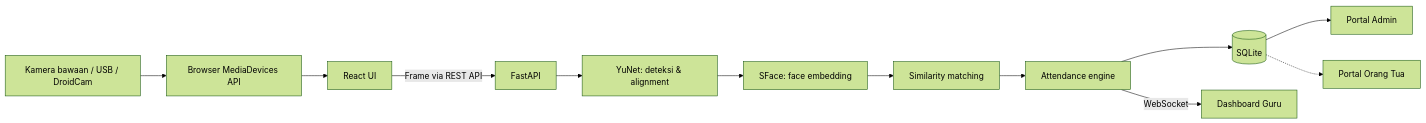
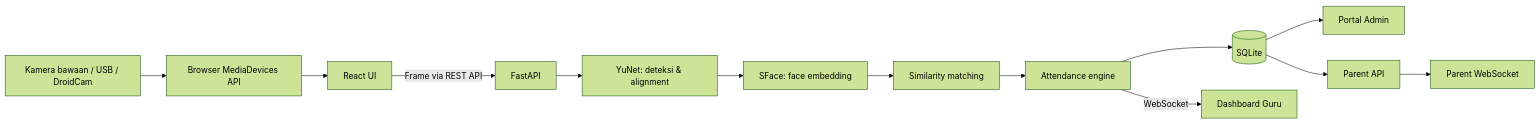
One commit to DzarelDeveloper/Tandara changed the first of 2 diagrams in README.md. Above: the diagram before and after it, drawn with Mermaid (forest theme). The commit also changed other lines of this file and 13 other files, not shown here.

Commit message:
Add parent API and realtime notifications

````diff
--- a/README.md
+++ b/README.md
@@ -69,14 +72,15 @@
 ```mermaid
 flowchart LR
     A[Kamera bawaan / USB / DroidCam] --> B[Browser MediaDevices API]
     B --> C[React UI]
     C -->|Frame via REST API| D[FastAPI]
     D --> E[YuNet: deteksi & alignment]
     E --> F[SFace: face embedding]
     F --> G[Similarity matching]
     G --> H[Attendance engine]
     H --> I[(SQLite)]
     H -->|WebSocket| J[Dashboard Guru]
     I --> K[Portal Admin]
-    I -.-> L[Portal Orang Tua]
+    I --> L[Parent API]
+    L --> M[Parent WebSocket]
 ```
````
